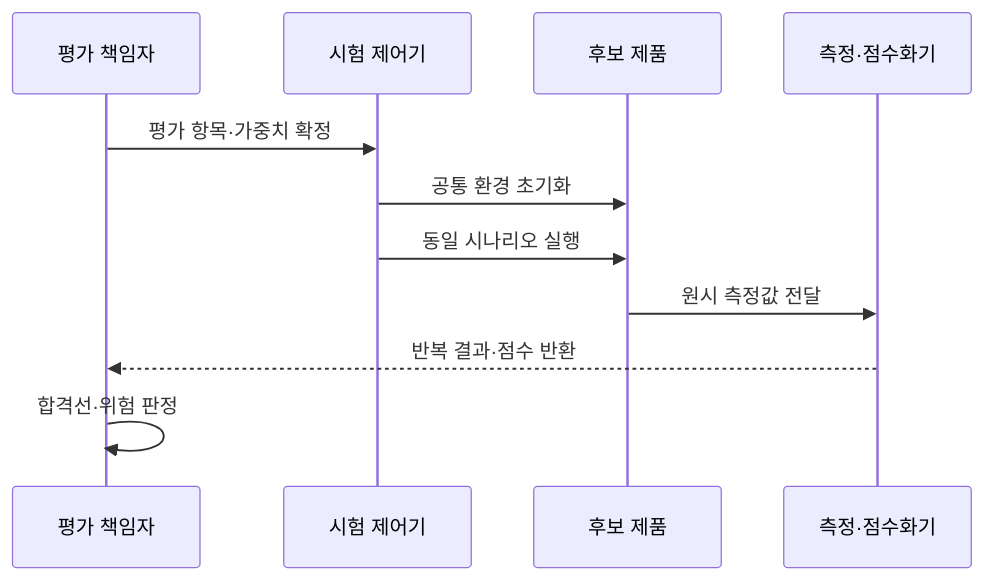
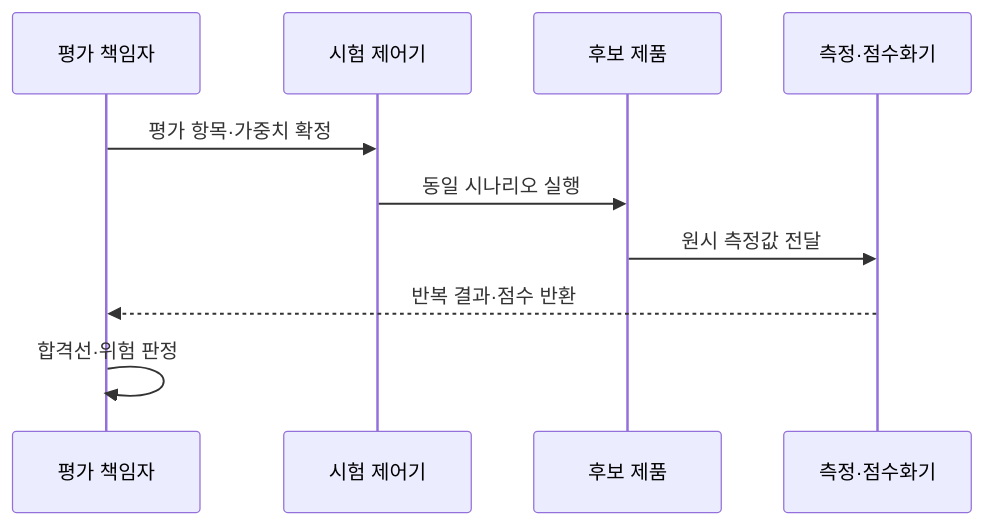
The second of 2 diagrams in src/content/docs/notes/06-evaluation/010_bmt_methodology.md (agnusdei1207/knowledge-base), drawn with Mermaid before and after one commit. The commit also changed other lines of this file and 11 other files, not shown here.

````diff
--- a/src/content/docs/notes/06-evaluation/010_bmt_methodology.md
+++ b/src/content/docs/notes/06-evaluation/010_bmt_methodology.md
@@ -76,13 +76,12 @@
 ```mermaid
 sequenceDiagram
     participant O as 평가 책임자
     participant C as 시험 제어기
     participant P as 후보 제품
     participant M as 측정·점수화기
     O->>C: 평가 항목·가중치 확정
-    C->>P: 공통 환경 초기화
     C->>P: 동일 시나리오 실행
     P->>M: 원시 측정값 전달
     M-->>O: 반복 결과·점수 반환
     O->>O: 합격선·위험 판정
 ```
````
